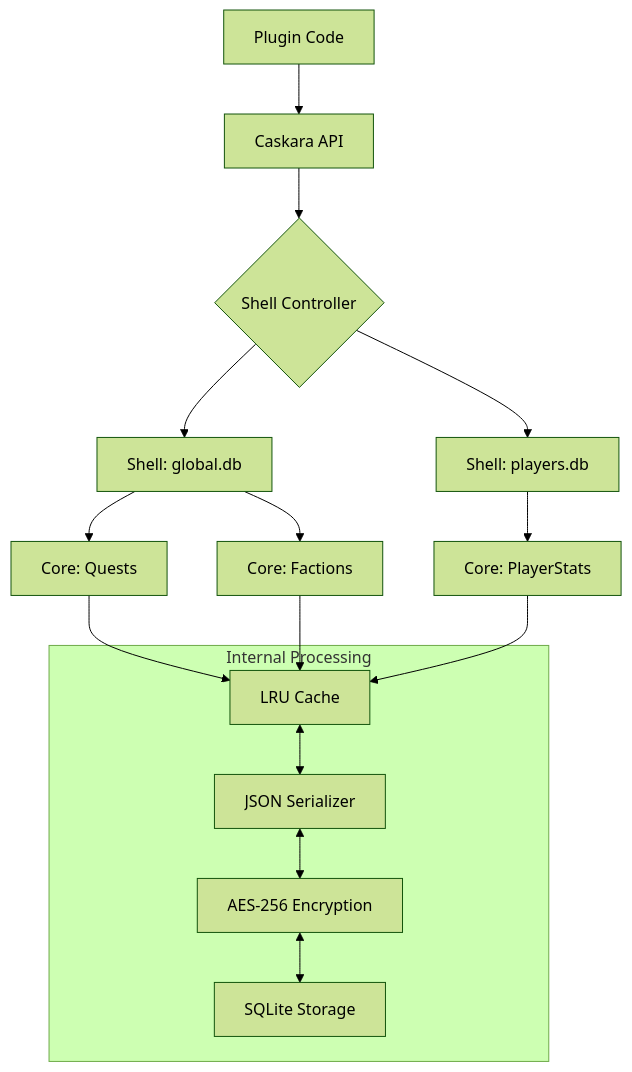
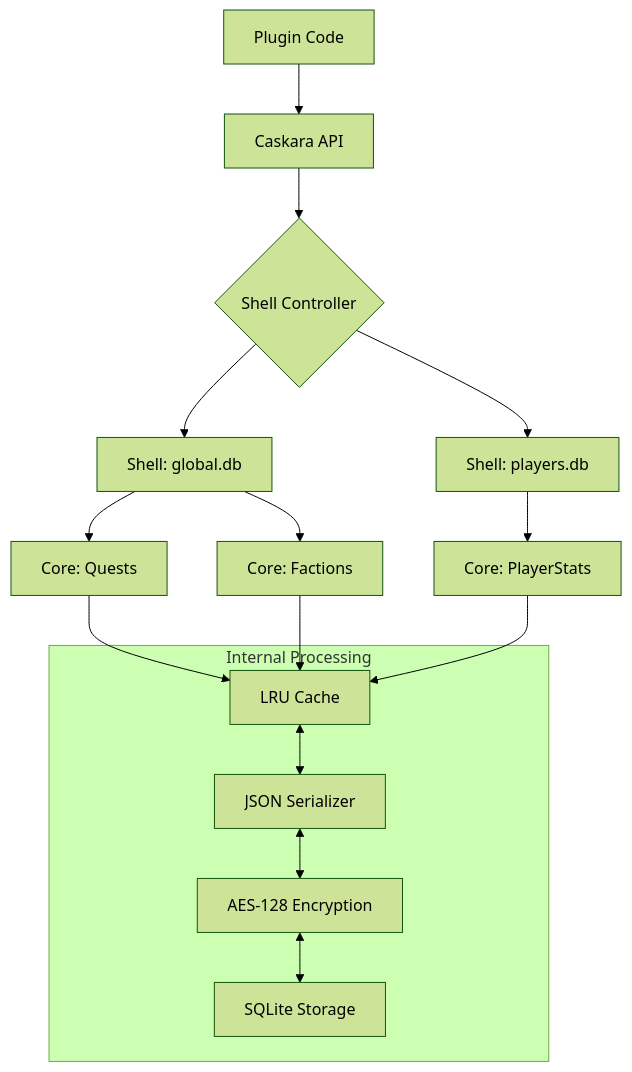
Before and after one commit to cookieukw/Caskara: the diagram in README.md, drawn with Mermaid (forest theme). The commit also changed other lines of this file and 6 other files, not shown here.

Commit message:
refactor: downgrade encryption to AES-128, remove boilerplate test routines, and optimize logger performance with memoization

````diff
--- a/README.md
+++ b/README.md
@@ -20,20 +20,20 @@
 ```mermaid
 graph TD
     A[Plugin Code] --> B[Caskara API]
     B --> C{Shell Controller}
     C --> D[Shell: global.db]
     C --> E[Shell: players.db]
     D --> F[Core: Quests]
     D --> G[Core: Factions]
     E --> H[Core: PlayerStats]
     
     subgraph "Internal Processing"
     I[LRU Cache] <--> J[JSON Serializer]
-    J <--> K[AES-256 Encryption]
+    J <--> K[AES-128 Encryption]
     K <--> L[SQLite Storage]
     end
     
     F --> I
     G --> I
     H --> I
 ```
````
